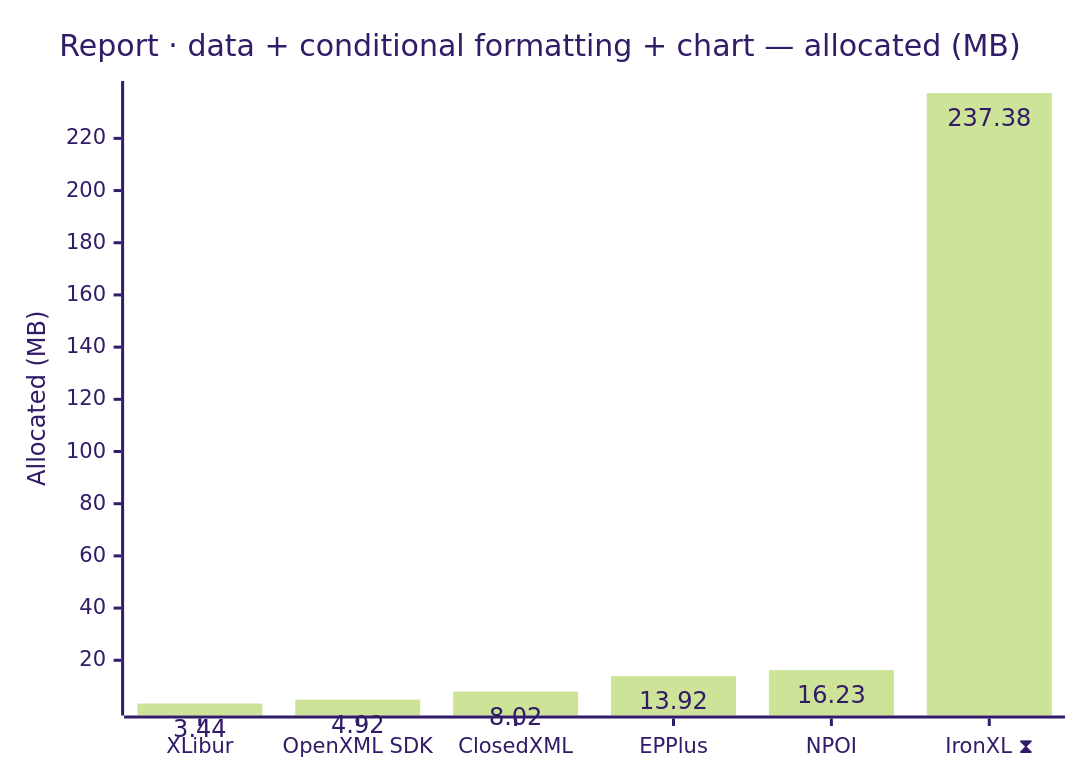
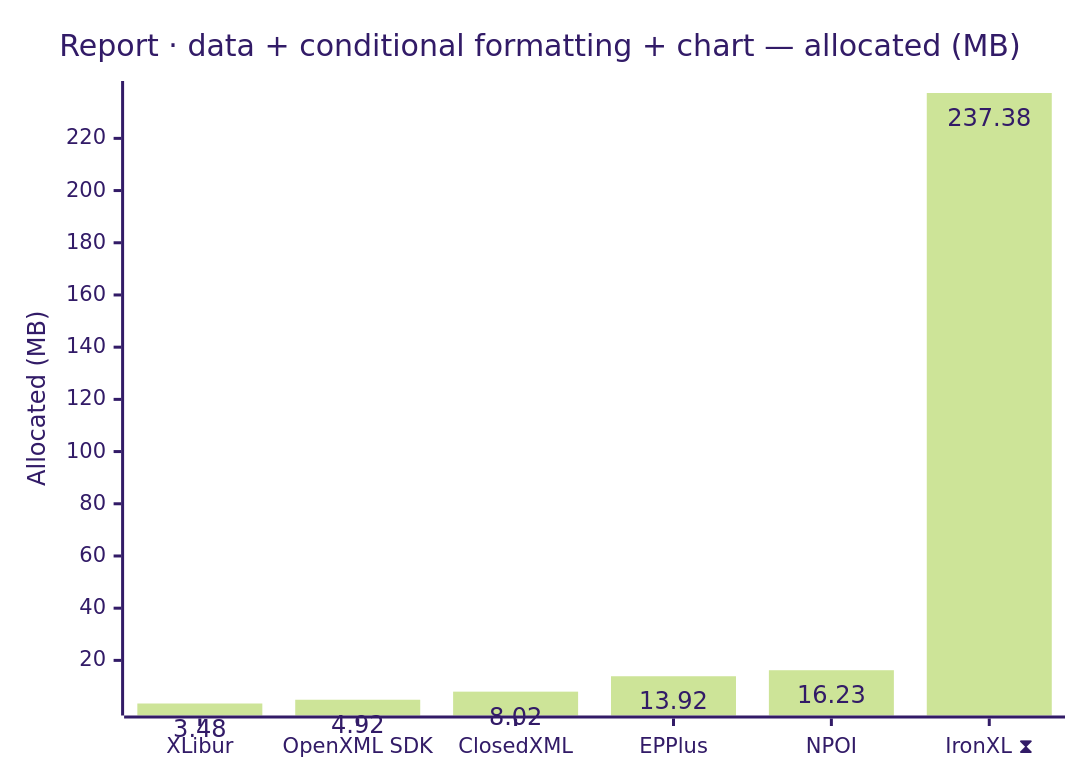
One commit to jafin/XLBench changed the eighth of 12 diagrams in docs/results.md. Above: the diagram before and after it, drawn with Mermaid (forest theme). The commit also changed other lines of this file and 6 other files, not shown here.

````diff
--- a/docs/results.md
+++ b/docs/results.md
@@ -130,12 +130,12 @@
 ```mermaid
 ---
 config:
   xyChart:
     showDataLabel: true
 ---
 xychart-beta
     title "Report · data + conditional formatting + chart — allocated (MB)"
     x-axis ["XLibur", "OpenXML SDK", "ClosedXML", "EPPlus", "NPOI", "IronXL ⧗"]
     y-axis "Allocated (MB)"
-    bar [3.44, 4.92, 8.02, 13.92, 16.23, 237.38]
+    bar [3.48, 4.92, 8.02, 13.92, 16.23, 237.38]
 ```
````
